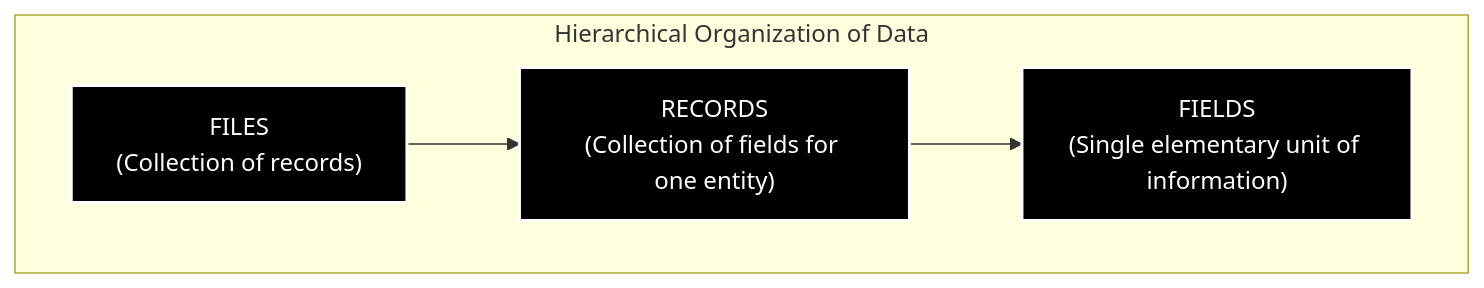
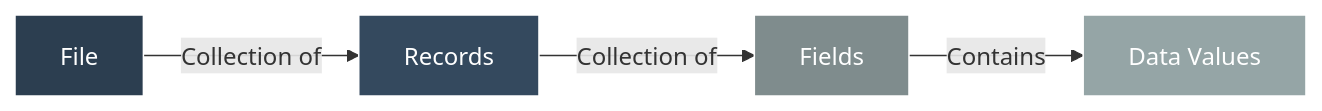
Before and after one commit to M-F-Tushar/CSE-2101-Data-Structure: the first of 17 diagrams in Chapter 1 - Introduction and Overview /README.md, drawn with Mermaid. The commit also changed other lines of this file, not shown here.

````diff
--- a/Chapter 1 - Introduction and Overview /README.md
+++ b/Chapter 1 - Introduction and Overview /README.md
@@ -72,11 +74,11 @@
 ```mermaid
-graph TD;
-    subgraph "Hierarchical Organization of Data"
-        direction LR
-        A["FILES<br>(Collection of records)"] --> B["RECORDS<br>(Collection of fields for one entity)"];
-        B --> C["FIELDS<br>(Single elementary unit of information)"];
-    end
-    style A fill:#000,stroke:#fff,stroke-width:2px,color:#fff
-    style B fill:#000,stroke:#fff,stroke-width:2px,color:#fff
-    style C fill:#000,stroke:#fff,stroke-width:2px,color:#fff
+graph LR
+    A[File] -->|Collection of| B[Records]
+    B -->|Collection of| C[Fields]
+    C -->|Contains| D[Data Values]
+    
+    style A fill:#2c3e50,stroke:#fff,color:#fff
+    style B fill:#34495e,stroke:#fff,color:#fff
+    style C fill:#7f8c8d,stroke:#fff,color:#fff
+    style D fill:#95a5a6,stroke:#fff,color:#fff
 ```
````
